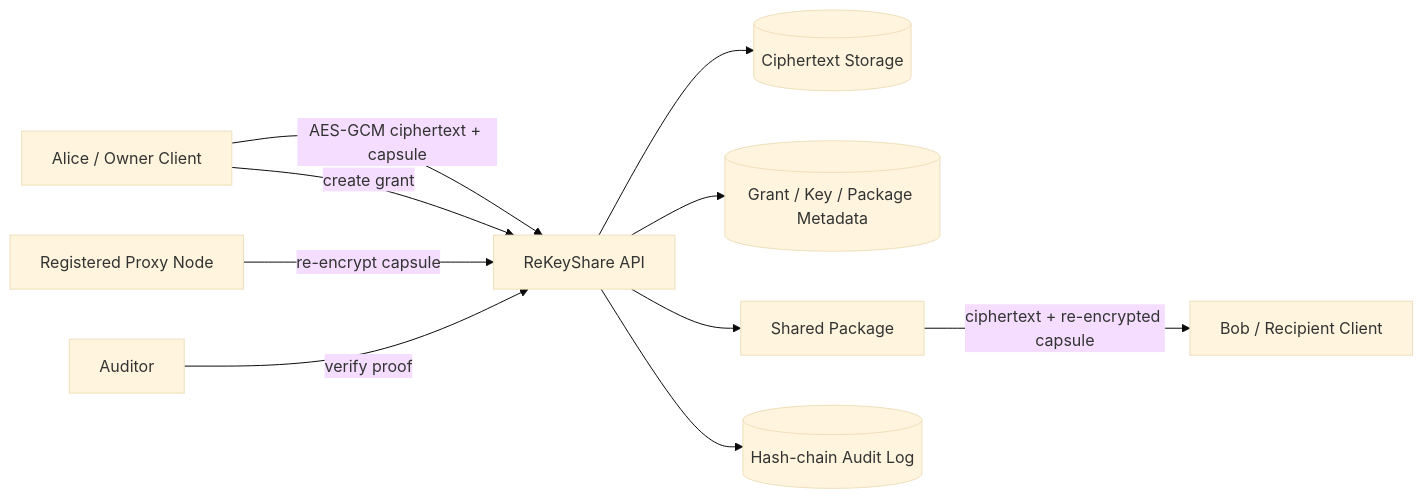
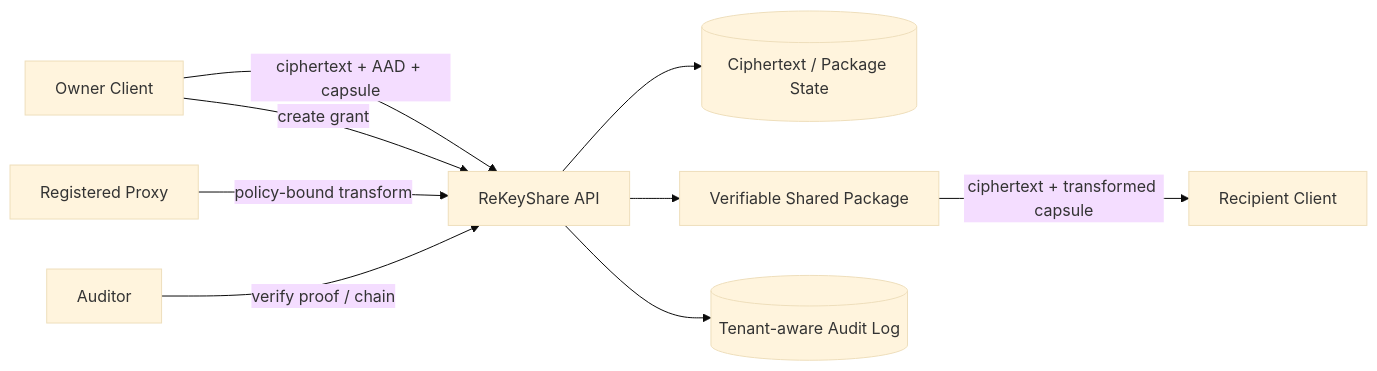
Before and after one commit to SuYK-666/ReKeyShare: the diagram in README.md, drawn with Mermaid (base theme). The commit also changed other lines of this file and 2 other files, not shown here.

````diff
--- a/README.md
+++ b/README.md
@@ -78,12 +39,11 @@
 ```mermaid
 flowchart LR
-    Owner[Alice / Owner Client] -->|AES-GCM ciphertext + capsule| API[ReKeyShare API]
-    API --> Store[(Ciphertext Storage)]
-    API --> Grant[(Grant / Key / Package Metadata)]
+    Owner[Owner Client] -->|ciphertext + AAD + capsule| API[ReKeyShare API]
+    API --> Store[(Ciphertext / Package State)]
     Owner -->|create grant| API
-    Proxy[Registered Proxy Node] -->|re-encrypt capsule| API
-    API --> Package[Shared Package]
-    Package -->|ciphertext + re-encrypted capsule| Recipient[Bob / Recipient Client]
-    API --> Audit[(Hash-chain Audit Log)]
-    Admin[Auditor] -->|verify proof| API
+    Proxy[Registered Proxy] -->|policy-bound transform| API
+    API --> Package[Verifiable Shared Package]
+    Package -->|ciphertext + transformed capsule| Recipient[Recipient Client]
+    API --> Audit[(Tenant-aware Audit Log)]
+    Auditor[Auditor] -->|verify proof / chain| API
 ```
````
